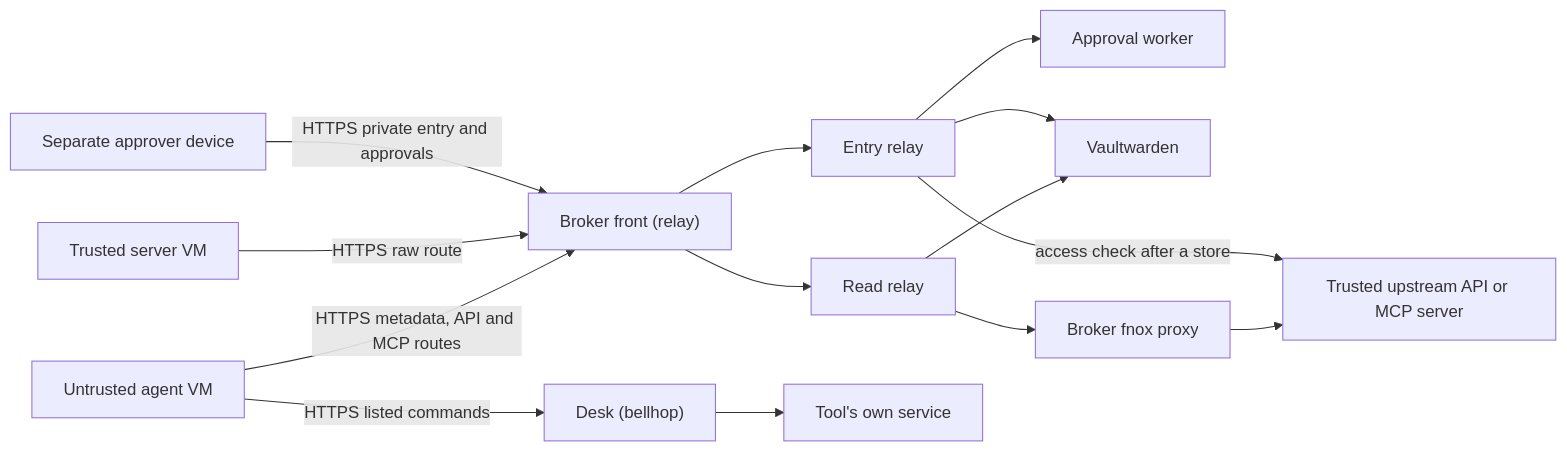
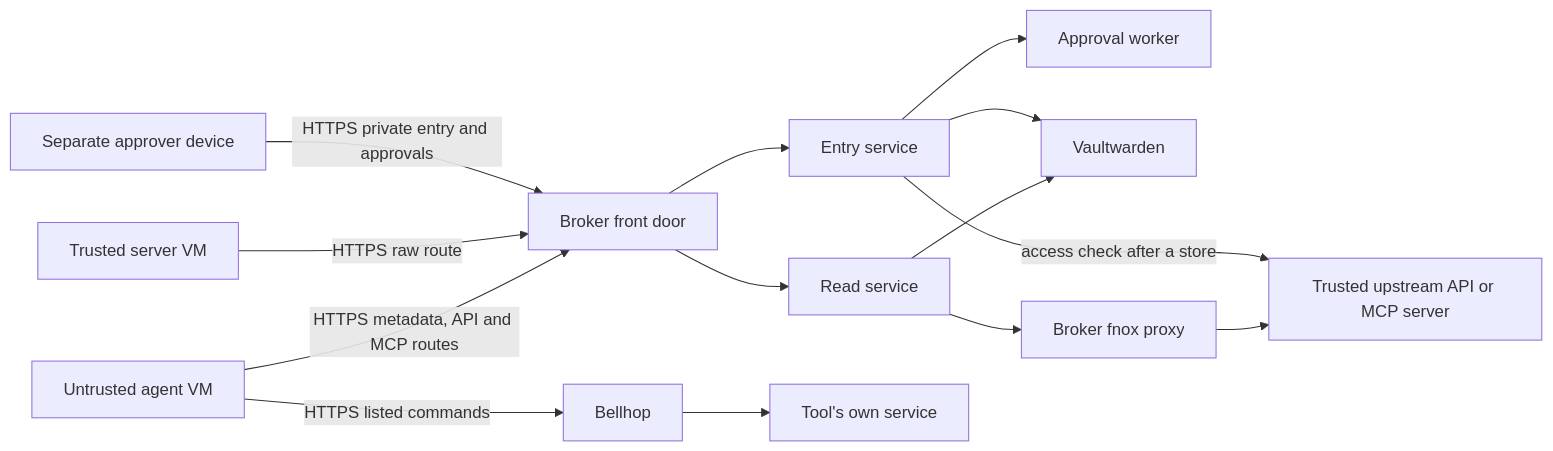
Before and after one commit to machinarii/valetkey: the diagram in docs/valetkey-threat-model.md, drawn with Mermaid. The commit also changed other lines of this file and 83 other files, not shown here.

First line of the commit message:
0.4.0: one name each for the broker and the bellhop

````diff
--- a/docs/valetkey-threat-model.md
+++ b/docs/valetkey-threat-model.md
@@ -69,16 +69,16 @@
 ```mermaid
 flowchart LR
-  A["Untrusted agent VM"] -->|HTTPS metadata, API and MCP routes| F["Broker front (relay)"]
+  A["Untrusted agent VM"] -->|HTTPS metadata, API and MCP routes| F["Broker front door"]
   C["Trusted server VM"] -->|HTTPS raw route| F
   O["Separate approver device"] -->|HTTPS private entry and approvals| F
-  F --> R["Read relay"]
-  F --> E["Entry relay"]
+  F --> R["Read service"]
+  F --> E["Entry service"]
   E --> W["Approval worker"]
   R --> V["Vaultwarden"]
   E --> V
   R --> P["Broker fnox proxy"]
   P --> U["Trusted upstream API or MCP server"]
   E -->|access check after a store| U
-  A -->|HTTPS listed commands| D["Desk (bellhop)"]
+  A -->|HTTPS listed commands| D["Bellhop"]
   D --> S["Tool's own service"]
 ```
````
